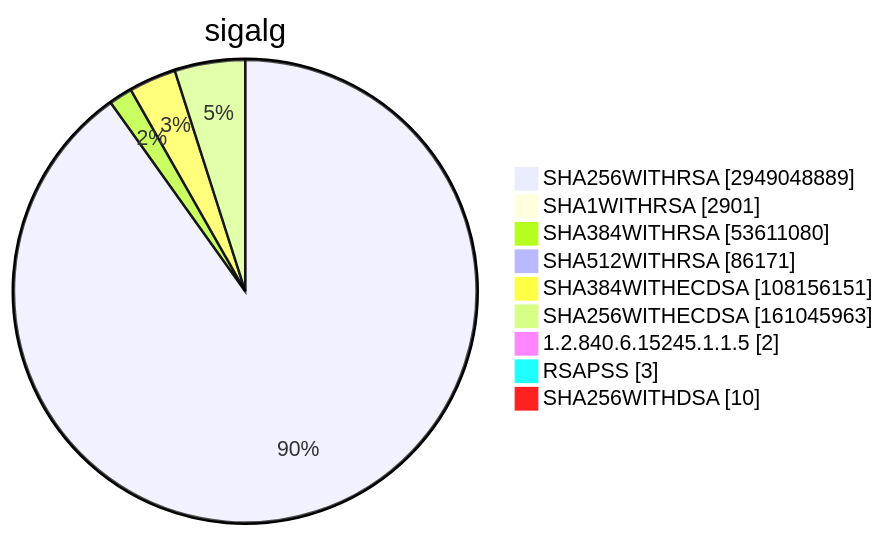
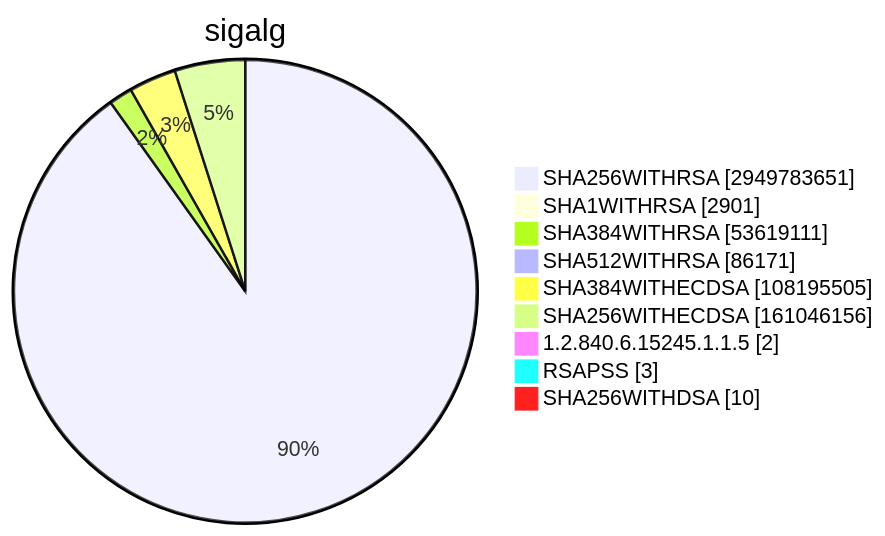
One commit to christiankrug/ctmonitor_visualization changed diagram 15 of 15 in TOTAL/README.md. Above: the diagram before and after it, drawn with Mermaid. The commit also changed other lines of this file, not shown here.

````diff
--- a/TOTAL/README.md
+++ b/TOTAL/README.md
@@ -6207,13 +6207,13 @@
 ```mermaid
 pie showData
 title sigalg
-"SHA256WITHRSA" :2949048889
+"SHA256WITHRSA" :2949783651
 "SHA1WITHRSA" :2901
-"SHA384WITHRSA" :53611080
+"SHA384WITHRSA" :53619111
 "SHA512WITHRSA" :86171
-"SHA384WITHECDSA" :108156151
-"SHA256WITHECDSA" :161045963
+"SHA384WITHECDSA" :108195505
+"SHA256WITHECDSA" :161046156
 "1.2.840.6.15245.1.1.5" :2
 "RSAPSS" :3
 "SHA256WITHDSA" :10
 ```
````
